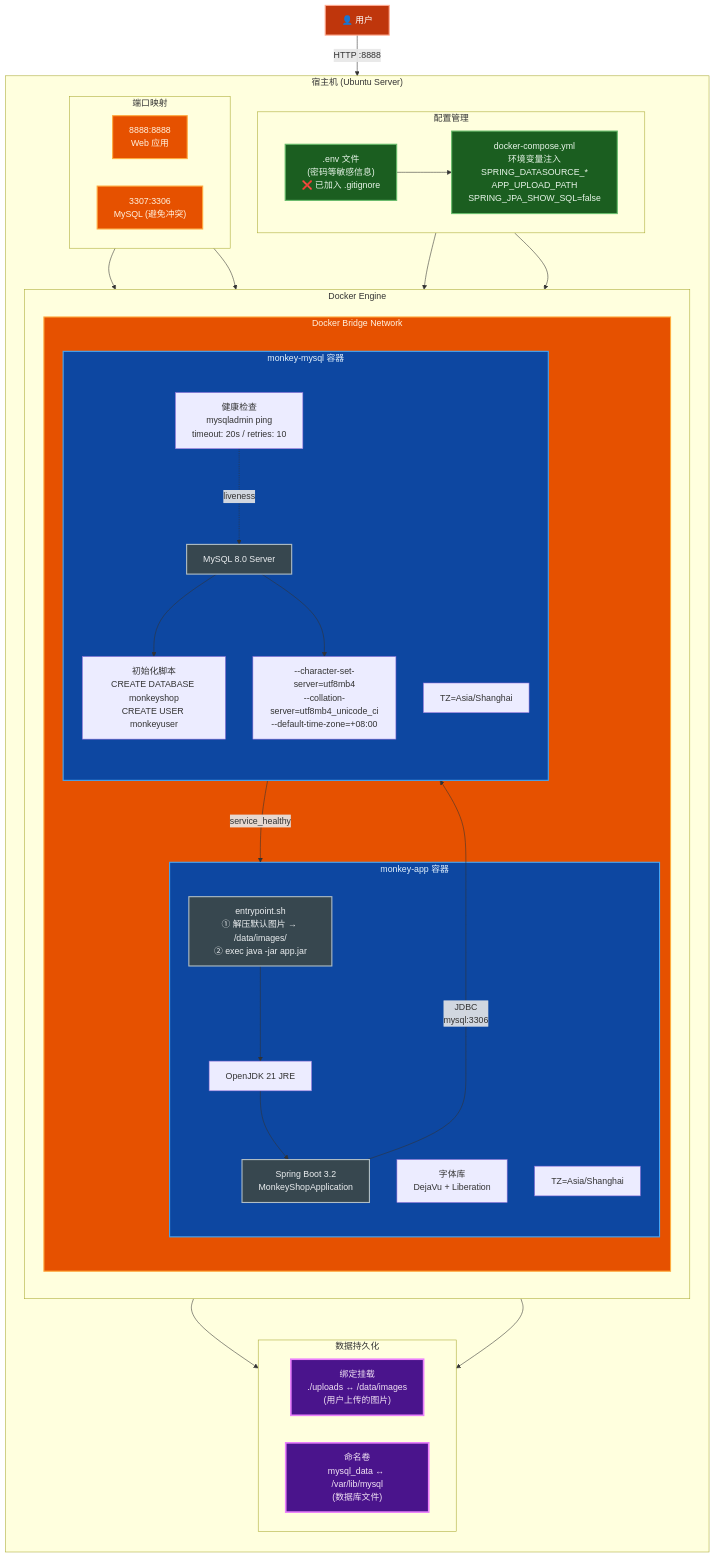
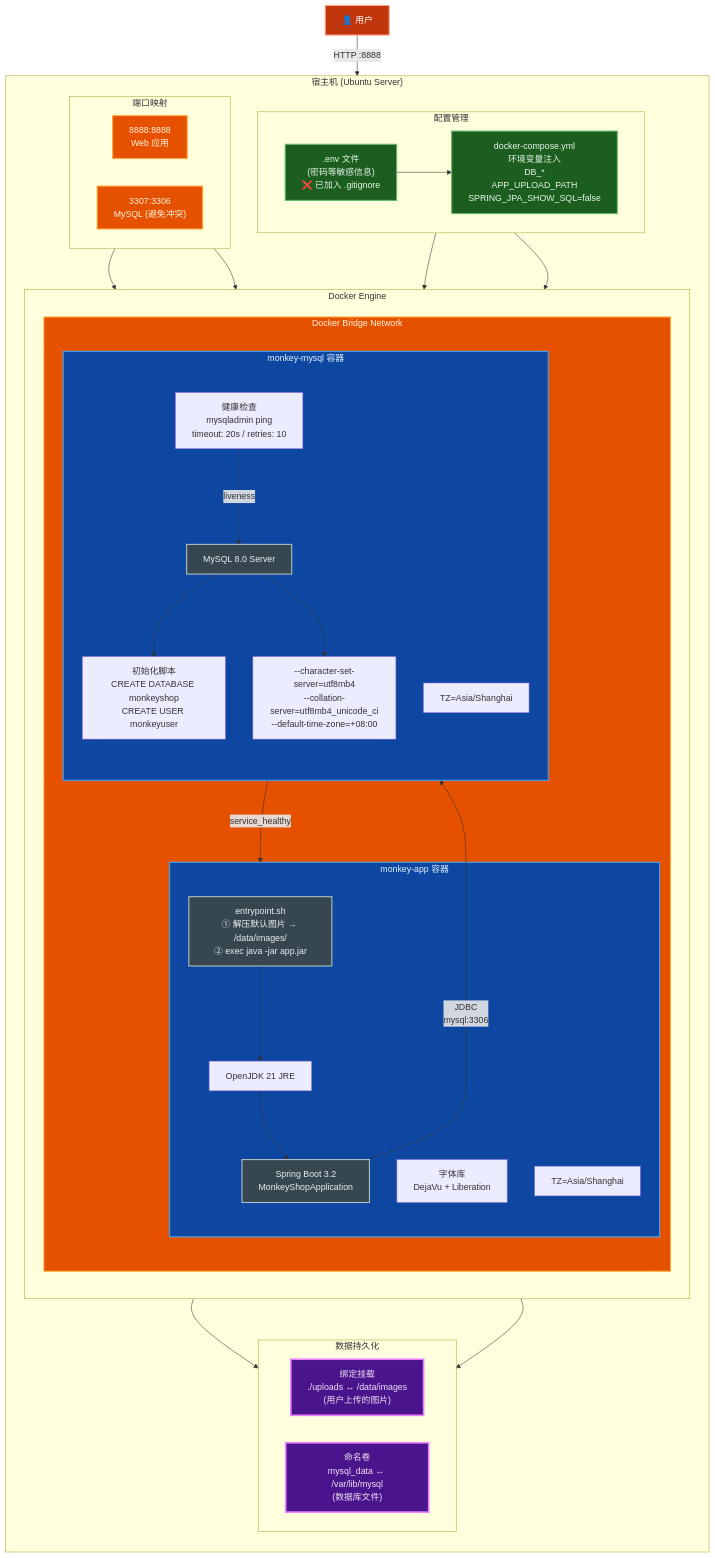
One commit to haohaizi554/monkey-shop changed the diagram in 架构图-容器化部署.mermaid. Above: the diagram before and after it, drawn with Mermaid. The commit also changed 664 other files, not shown here.

```diff
--- a/架构图-容器化部署.mermaid
+++ b/架构图-容器化部署.mermaid
@@ -1,92 +1,92 @@
 %% MonkeyShop 容器化部署架构图
 %% 展示 Docker Compose 编排、网络、存储、启动流程
 flowchart TB
     subgraph Host["宿主机 (Ubuntu Server)"]
         direction TB
 
         subgraph DockerEngine["Docker Engine"]
             direction TB
 
             subgraph Network["Docker Bridge Network"]
                 direction TB
 
                 subgraph AppContainer["monkey-app 容器"]
                     direction TB
                     Entrypoint["entrypoint.sh<br/>① 解压默认图片 → /data/images/<br/>② exec java -jar app.jar"]
                     JRE["OpenJDK 21 JRE"]
                     App["Spring Boot 3.2<br/>MonkeyShopApplication"]
                     Fonts["字体库<br/>DejaVu + Liberation"]
                     TZ_App["TZ=Asia/Shanghai"]
 
                     Entrypoint --> JRE --> App
                 end
 
                 subgraph MySQLContainer["monkey-mysql 容器"]
                     direction TB
                     MySQL["MySQL 8.0 Server"]
                     InitDB["初始化脚本<br/>CREATE DATABASE monkeyshop<br/>CREATE USER monkeyuser"]
                     CharSet["--character-set-server=utf8mb4<br/>--collation-server=utf8mb4_unicode_ci<br/>--default-time-zone=+08:00"]
                     TZ_DB["TZ=Asia/Shanghai"]
                     HealthCheck["健康检查<br/>mysqladmin ping<br/>timeout: 20s / retries: 10"]
 
                     MySQL --> InitDB
                     MySQL --> CharSet
                     HealthCheck -.->|"liveness"| MySQL
                 end
             end
 
             App -->|"JDBC<br/>mysql:3306"| MySQL
         end
 
         subgraph Volumes["数据持久化"]
             direction LR
             BindMount["绑定挂载<br/>./uploads ↔ /data/images<br/>(用户上传的图片)"]
             NamedVol["命名卷<br/>mysql_data ↔ /var/lib/mysql<br/>(数据库文件)"]
         end
 
         subgraph EnvConfig["配置管理"]
             direction LR
             EnvFile[".env 文件<br/>(密码等敏感信息)<br/>❌ 已加入 .gitignore"]
-            ComposeEnv["docker-compose.yml<br/>环境变量注入<br/>SPRING_DATASOURCE_*<br/>APP_UPLOAD_PATH<br/>SPRING_JPA_SHOW_SQL=false"]
+            ComposeEnv["docker-compose.yml<br/>环境变量注入<br/>DB_*<br/>APP_UPLOAD_PATH<br/>SPRING_JPA_SHOW_SQL=false"]
         end
 
         subgraph Ports["端口映射"]
             direction LR
             Port8888["8888:8888<br/>Web 应用"]
             Port3307["3307:3306<br/>MySQL (避免冲突)"]
         end
     end
 
     User["👤 用户"] -->|"HTTP :8888"| Port8888
     Port8888 --> App
     Port3307 --> MySQL
 
     AppContainer --> BindMount
     MySQLContainer --> NamedVol
 
     EnvFile --> ComposeEnv
     ComposeEnv --> AppContainer
     ComposeEnv --> MySQLContainer
 
     MySQLContainer -->|"service_healthy"| AppContainer
 
     classDef container fill:#0d47a1,stroke:#42a5f5,stroke-width:2px,color:#e3f2fd
     classDef storage fill:#4a148c,stroke:#ea80fc,stroke-width:3px,color:#f3e5f5
     classDef config fill:#1b5e20,stroke:#66bb6a,stroke-width:2px,color:#e8f5e9
     classDef network fill:#e65100,stroke:#ffab40,stroke-width:2px,color:#fff3e0
     classDef process fill:#37474f,stroke:#b0bec5,stroke-width:2px,color:#eceff1
     classDef actor fill:#bf360c,stroke:#ffab91,stroke-width:2px,color:#fff
 
     AppContainer:::container
     MySQLContainer:::container
     BindMount:::storage
     NamedVol:::storage
     EnvFile:::config
     ComposeEnv:::config
     Port8888:::network
     Port3307:::network
     Network:::network
     Entrypoint:::process
     App:::process
     MySQL:::process
     User:::actor
```
